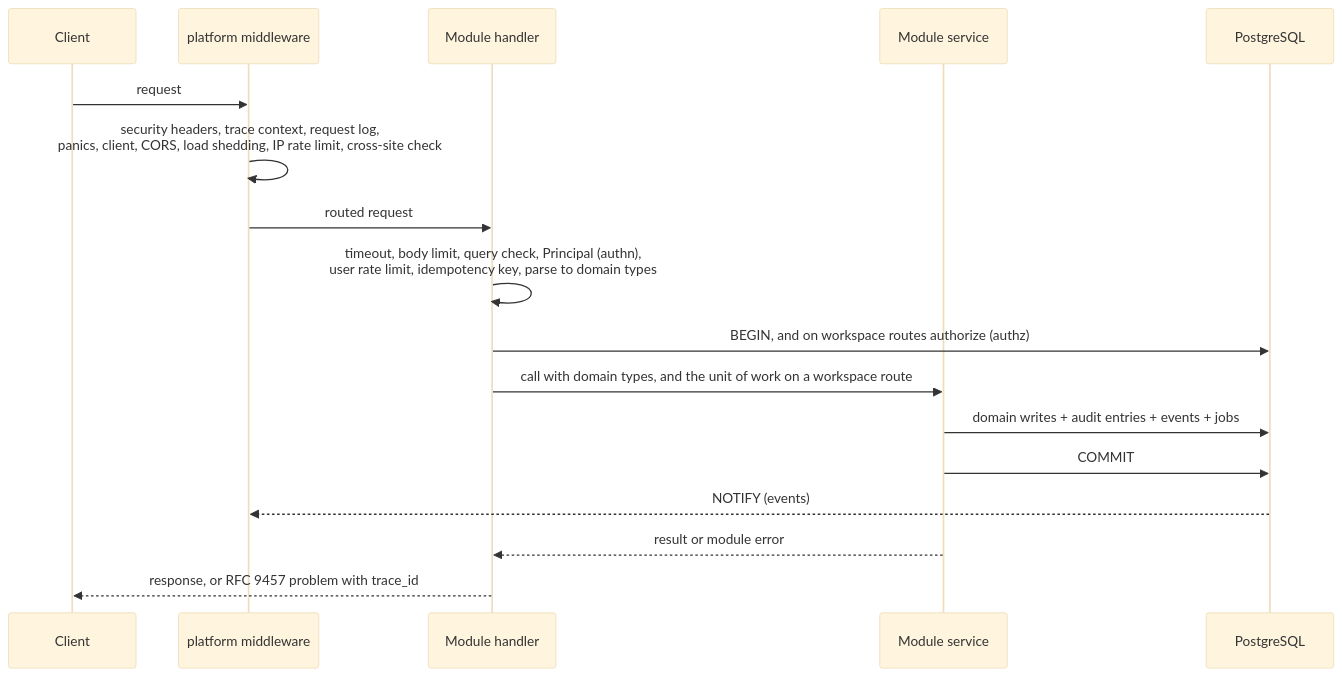
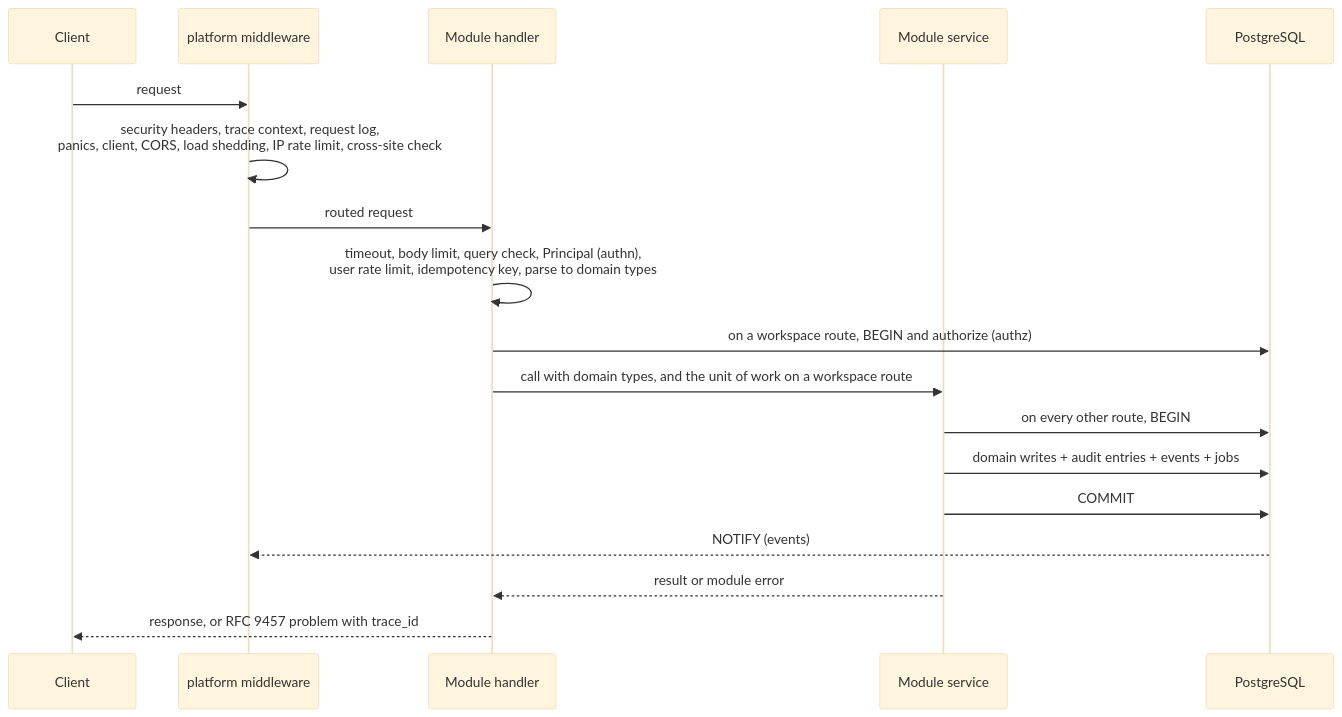
Before and after one commit to Grebyn35/AntWorker-API-Rust: the third of 3 diagrams in docs/architecture.md, drawn with Mermaid (base theme). The commit also changed 17 other files, not shown here.

````diff
--- a/docs/architecture.md
+++ b/docs/architecture.md
@@ -221,19 +221,20 @@
 ```mermaid
 sequenceDiagram
   participant C as Client
   participant P as platform middleware
   participant H as Module handler
   participant S as Module service
   participant DB as PostgreSQL
   C->>P: request
   P->>P: security headers, trace context, request log,<br/>panics, client, CORS, load shedding, IP rate limit, cross-site check
   P->>H: routed request
   H->>H: timeout, body limit, query check, Principal (authn),<br/>user rate limit, idempotency key, parse to domain types
-  H->>DB: BEGIN, and on workspace routes authorize (authz)
+  H->>DB: on a workspace route, BEGIN and authorize (authz)
   H->>S: call with domain types, and the unit of work on a workspace route
+  S->>DB: on every other route, BEGIN
   S->>DB: domain writes + audit entries + events + jobs
   S->>DB: COMMIT
   DB-->>P: NOTIFY (events)
   S-->>H: result or module error
   H-->>C: response, or RFC 9457 problem with trace_id
 ```
````
